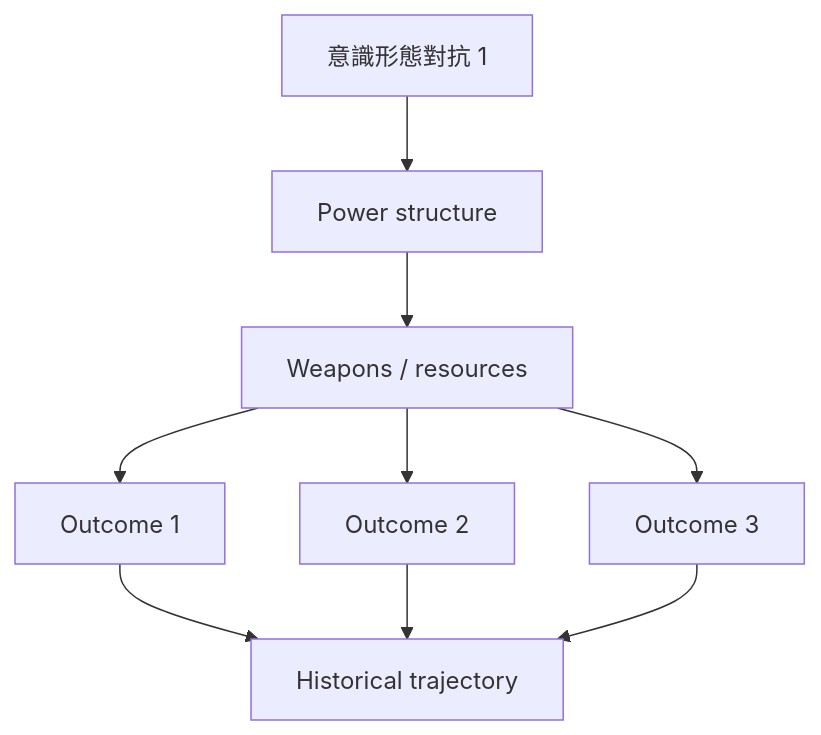
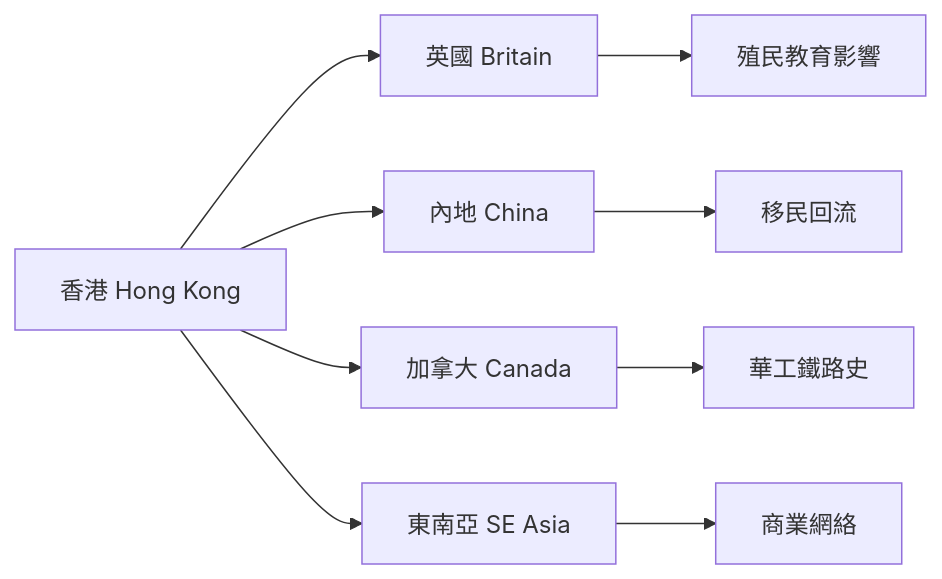
Before and after one commit to yip-lgtm/HKU-Harvard-History-Self-Study: the second of 10 diagrams in 01_HKU_Courses/HIST4028_History_without_Borders.md, drawn with Mermaid. The commit also changed other lines of this file and 65 other files, not shown here.

````diff
--- a/01_HKU_Courses/HIST4028_History_without_Borders.md
+++ b/01_HKU_Courses/HIST4028_History_without_Borders.md
@@ -146,11 +170,11 @@
 ```mermaid
-graph TD
-    A[意識形態對抗 1] --> B[Power structure]
-    B --> C[Weapons / resources]
-    C --> D[Outcome 1]
-    C --> E[Outcome 2]
-    C --> F[Outcome 3]
-    D --> G[Historical trajectory]
-    E --> G
-    F --> G
+flowchart LR
+    A[香港 Hong Kong] --> B[英國 Britain]
+    A --> C[內地 China]
+    A --> D[加拿大 Canada]
+    A --> E[東南亞 SE Asia]
+    B --> F[殖民教育影響]
+    C --> G[移民回流]
+    D --> H[華工鐵路史]
+    E --> I[商業網絡]
 ```
````
